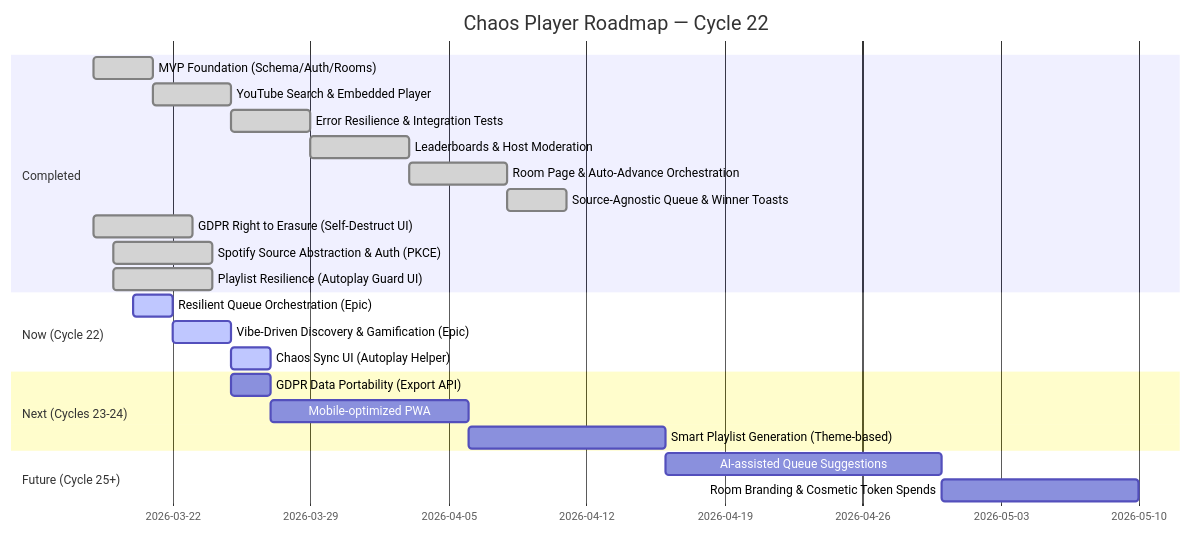
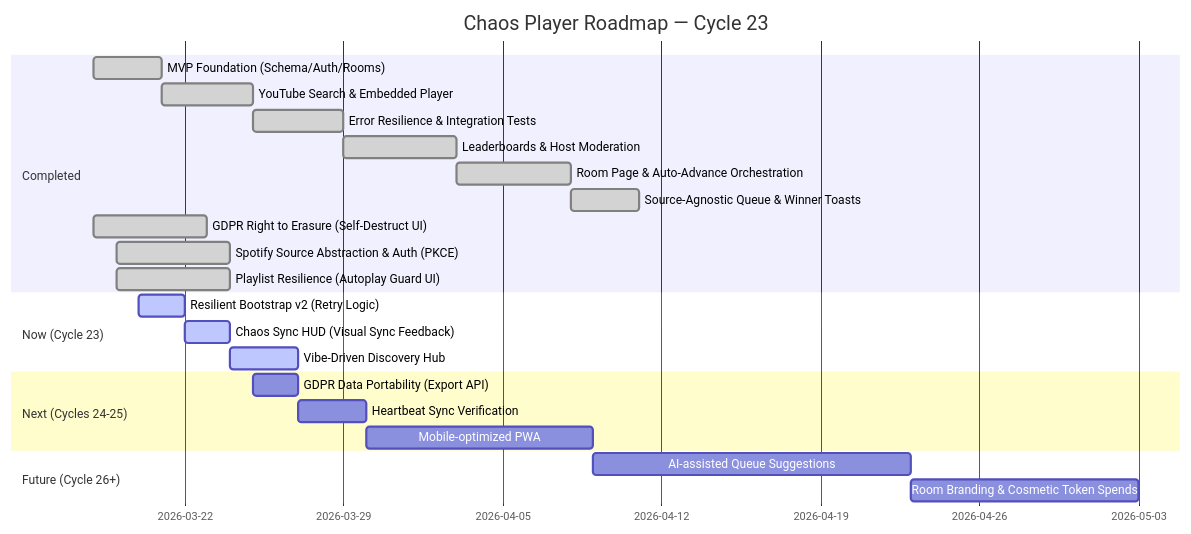
Before and after one commit to akozma89/chaos-player: the diagram in ROADMAP.md, drawn with Mermaid. The commit also changed other lines of this file and 15 other files, not shown here.

Commit message:
feat(resilience): implement resilient bootstrap with exponential backoff and HUD overlay

````diff
--- a/ROADMAP.md
+++ b/ROADMAP.md
@@ -3,30 +3,30 @@
 ```mermaid
 gantt
-  title Chaos Player Roadmap — Cycle 22
+  title Chaos Player Roadmap — Cycle 23
   dateFormat YYYY-MM-DD
 
   section Completed
     MVP Foundation (Schema/Auth/Rooms)          :done, c1, 2026-03-18, 3d
     YouTube Search & Embedded Player            :done, c2, after c1, 4d
     Error Resilience & Integration Tests        :done, c3, after c2, 4d
     Leaderboards & Host Moderation              :done, c4, after c3, 5d
     Room Page & Auto-Advance Orchestration      :done, c5, after c4, 5d
     Source-Agnostic Queue & Winner Toasts       :done, c6, after c5, 3d
     GDPR Right to Erasure (Self-Destruct UI)    :done, c7, 2026-03-18, 5d
     Spotify Source Abstraction & Auth (PKCE)    :done, c18, 2026-03-19, 5d
     Playlist Resilience (Autoplay Guard UI)     :done, c19, 2026-03-19, 5d
 
-  section Now (Cycle 22)
-    Resilient Queue Orchestration (Epic)        :active, c22-1, 2026-03-20, 2d
-    Vibe-Driven Discovery & Gamification (Epic) :active, c22-2, after c22-1, 3d
-    Chaos Sync UI (Autoplay Helper)             :active, c22-3, after c22-2, 2d
+  section Now (Cycle 23)
+    Resilient Bootstrap v2 (Retry Logic)        :active, c23-1, 2026-03-20, 2d
+    Chaos Sync HUD (Visual Sync Feedback)       :active, c23-2, after c23-1, 2d
+    Vibe-Driven Discovery Hub                   :active, c23-3, after c23-2, 3d
 
-  section Next (Cycles 23-24)
+  section Next (Cycles 24-25)
     GDPR Data Portability (Export API)          :next1, 2026-03-25, 2d
-    Mobile-optimized PWA                        :next2, after next1, 10d
-    Smart Playlist Generation (Theme-based)     :next3, after next2, 10d
+    Heartbeat Sync Verification                 :next2, after next1, 3d
+    Mobile-optimized PWA                        :next3, after next2, 10d
 
-  section Future (Cycle 25+)
+  section Future (Cycle 26+)
     AI-assisted Queue Suggestions               :future1, after next3, 14d
     Room Branding & Cosmetic Token Spends       :future2, after future1, 10d
 ```
````
